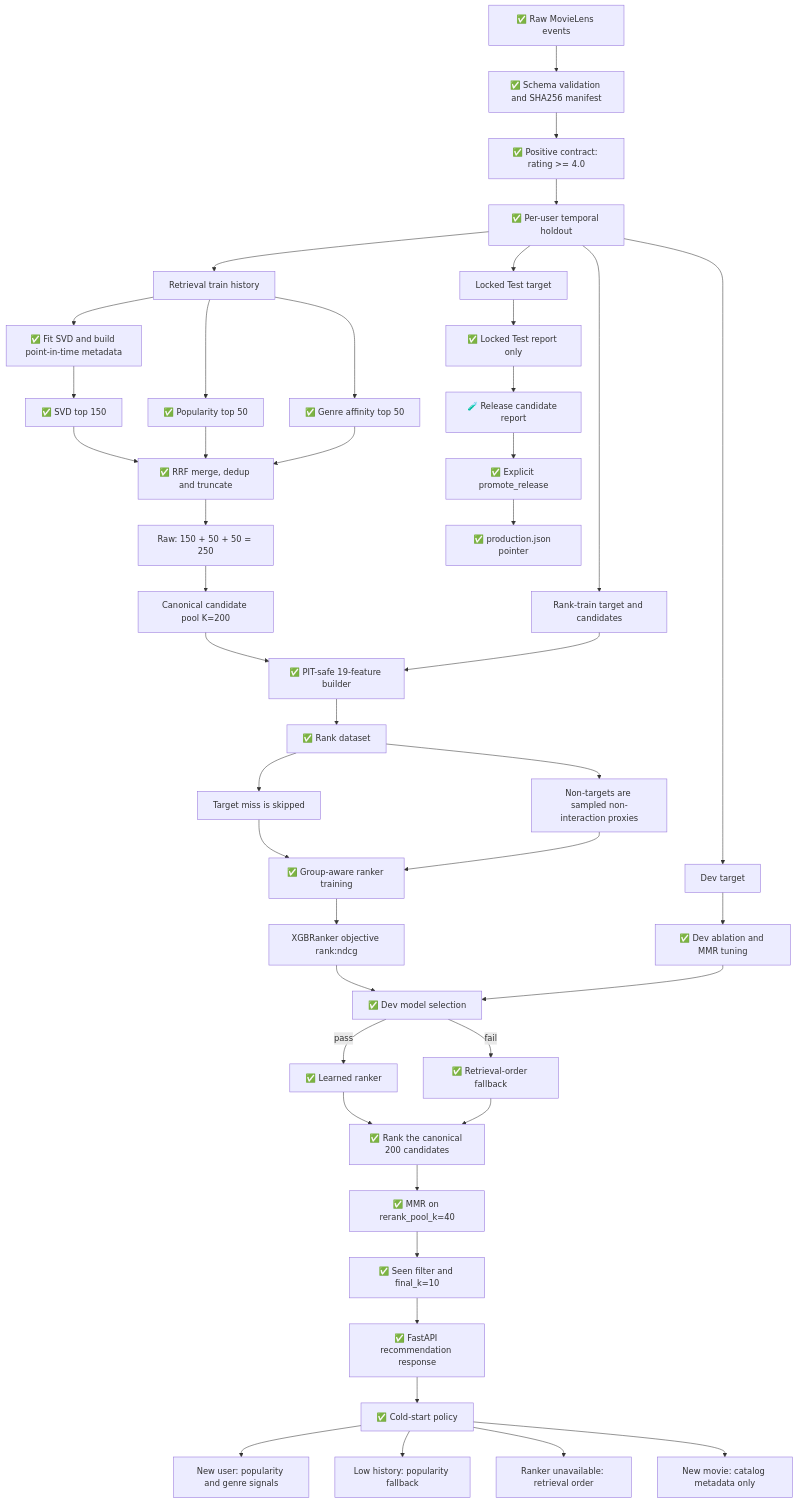
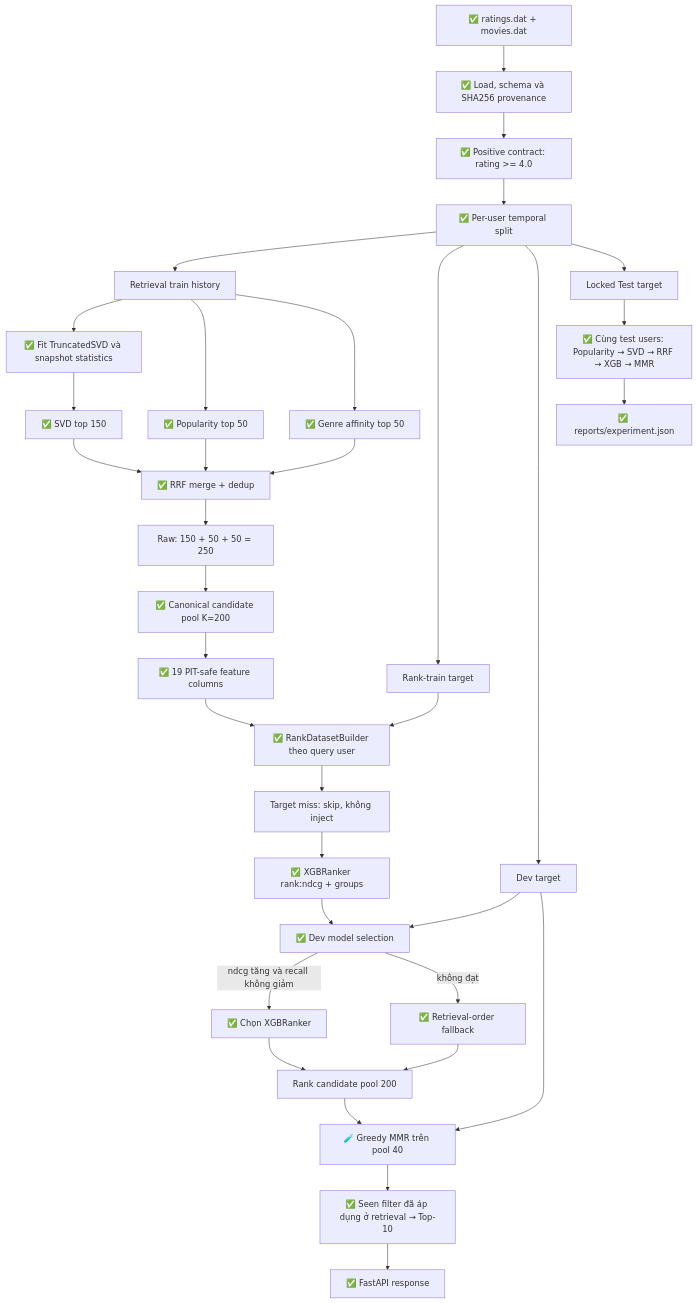
Before and after one commit to haminhthong/Two-Stage-Movie-Recommender: the diagram in README.md, drawn with Mermaid. The commit also changed other lines of this file and 30 other files, not shown here.

````diff
--- a/README.md
+++ b/README.md
@@ -86,52 +93,39 @@
 ```mermaid
 flowchart TD
-    A["✅ Raw MovieLens events"] --> B["✅ Schema validation and SHA256 manifest"]
+    A["✅ ratings.dat + movies.dat"] --> B["✅ Load, schema và SHA256 provenance"]
     B --> C["✅ Positive contract: rating >= 4.0"]
-    C --> D["✅ Per-user temporal holdout"]
+    C --> D["✅ Per-user temporal split"]
     D --> D1["Retrieval train history"]
-    D --> D2["Rank-train target and candidates"]
+    D --> D2["Rank-train target"]
     D --> D3["Dev target"]
     D --> D4["Locked Test target"]
 
-    D1 --> E["✅ Fit SVD and build point-in-time metadata"]
+    D1 --> E["✅ Fit TruncatedSVD và snapshot statistics"]
     E --> R1["✅ SVD top 150"]
     D1 --> R2["✅ Popularity top 50"]
     D1 --> R3["✅ Genre affinity top 50"]
-
-    R1 --> M["✅ RRF merge, dedup and truncate"]
+    R1 --> M["✅ RRF merge + dedup"]
     R2 --> M
     R3 --> M
     M --> M1["Raw: 150 + 50 + 50 = 250"]
-    M1 --> M2["Canonical candidate pool K=200"]
+    M1 --> M2["✅ Canonical candidate pool K=200"]
 
-    M2 --> N["✅ PIT-safe 19-feature builder"]
-    D2 --> N
-    N --> Q["✅ Rank dataset"]
-    Q --> Q1["Target miss is skipped"]
-    Q --> Q2["Non-targets are sampled non-interaction proxies"]
-    Q1 --> T["✅ Group-aware ranker training"]
-    Q2 --> T
-    T --> T1["XGBRanker objective rank:ndcg"]
-    T1 --> G["✅ Dev model selection"]
-    G -->|pass| H["✅ Learned ranker"]
-    G -->|fail| I["✅ Retrieval-order fallback"]
+    M2 --> F["✅ 19 PIT-safe feature columns"]
+    D2 --> T["✅ RankDatasetBuilder theo query user"]
+    F --> T
+    T --> T1["Target miss: skip, không inject"]
+    T1 --> X["✅ XGBRanker rank:ndcg + groups"]
+    X --> S["✅ Dev model selection"]
+    S -->|ndcg tăng và recall không giảm| L["✅ Chọn XGBRanker"]
+    S -->|không đạt| Q["✅ Retrieval-order fallback"]
+    L --> R["Rank candidate pool 200"]
+    Q --> R
+    R --> MM["🧪 Greedy MMR trên pool 40"]
+    MM --> Z["✅ Seen filter đã áp dụng ở retrieval → Top-10"]
+    Z --> API["✅ FastAPI response"]
 
-    H --> J["✅ Rank the canonical 200 candidates"]
-    I --> J
-    J --> K["✅ MMR on rerank_pool_k=40"]
-    K --> L["✅ Seen filter and final_k=10"]
-    L --> O["✅ FastAPI recommendation response"]
-
-    D3 --> V["✅ Dev ablation and MMR tuning"]
-    V --> G
-    D4 --> W["✅ Locked Test report only"]
-    W --> X["🧪 Release candidate report"]
-    X --> Y["✅ Explicit promote_release"]
-    Y --> Z["✅ production.json pointer"]
-
-    O --> CS["✅ Cold-start policy"]
-    CS --> CS1["New user: popularity and genre signals"]
-    CS --> CS2["Low history: popularity fallback"]
-    CS --> CS3["Ranker unavailable: retrieval order"]
-    CS --> CS4["New movie: catalog metadata only"]
+    D3 --> S
+    D3 --> MM
+    D4 --> EVAL["✅ Cùng test users: Popularity → SVD → RRF → XGB → MMR"]
+    EVAL --> REPORT["✅ reports/experiment.json"]
 ```
````
